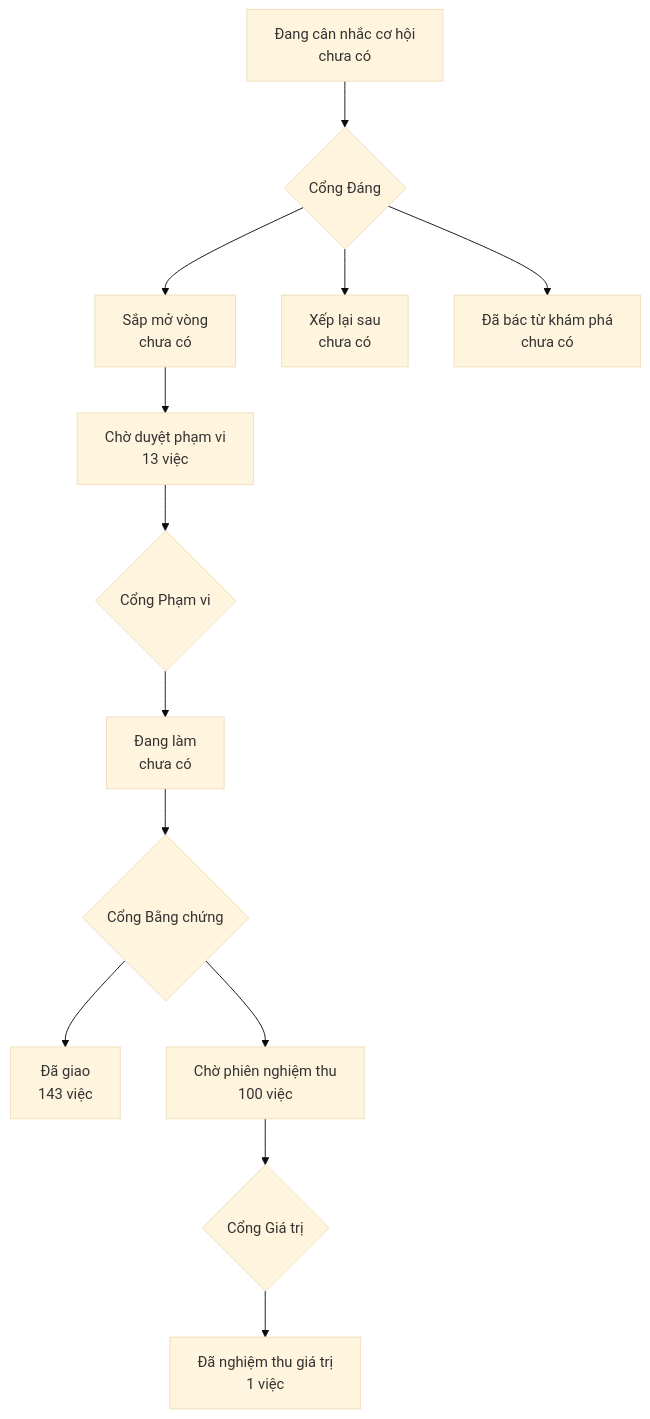
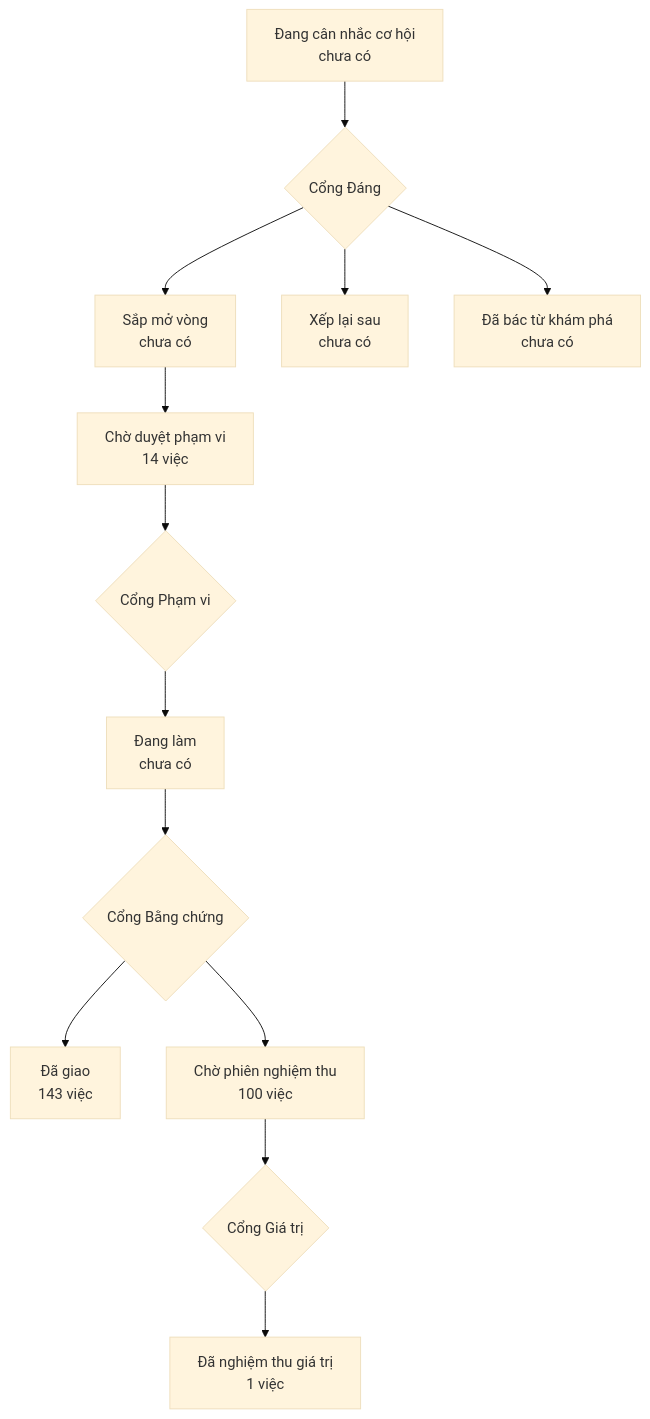
Before and after one commit to phanlemanh/onehub-invest: the diagram in PRODUCT-MAP.md, drawn with Mermaid (base theme). The commit also changed other lines of this file and 8 other files, not shown here.

First line of the commit message:
docs(link-nguoi-ban-s03): hồ sơ T3 link người bán S03 theo mã tài khoản, phản biện và thẻ Cổng Phạm vi

````diff
--- a/PRODUCT-MAP.md
+++ b/PRODUCT-MAP.md
@@ -7,12 +7,12 @@
 ```mermaid
 flowchart TD
   A["Đang cân nhắc cơ hội<br/>chưa có"] --> GD{"Cổng Đáng"}
   GD --> B["Sắp mở vòng<br/>chưa có"]
   GD --> XL["Xếp lại sau<br/>chưa có"]
   GD --> DB["Đã bác từ khám phá<br/>chưa có"]
-  B --> CD["Chờ duyệt phạm vi<br/>13 việc"] --> GP{"Cổng Phạm vi"}
+  B --> CD["Chờ duyệt phạm vi<br/>14 việc"] --> GP{"Cổng Phạm vi"}
   GP --> DL["Đang làm<br/>chưa có"] --> GB{"Cổng Bằng chứng"}
   GB --> DG["Đã giao<br/>143 việc"]
   GB --> CN["Chờ phiên nghiệm thu<br/>100 việc"] --> GG{"Cổng Giá trị"}
   GG --> NT["Đã nghiệm thu giá trị<br/>1 việc"]
 ```
````
